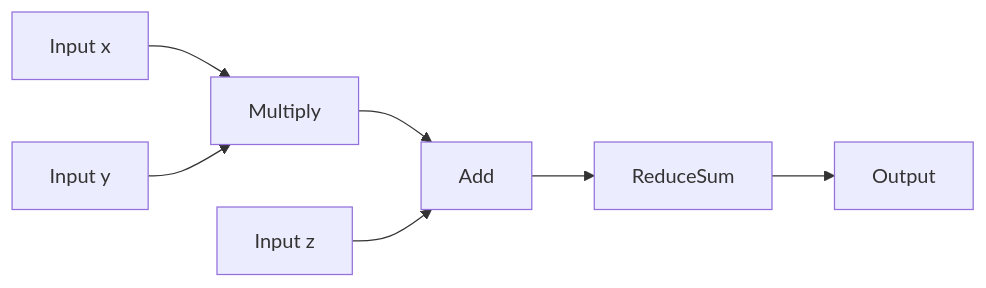
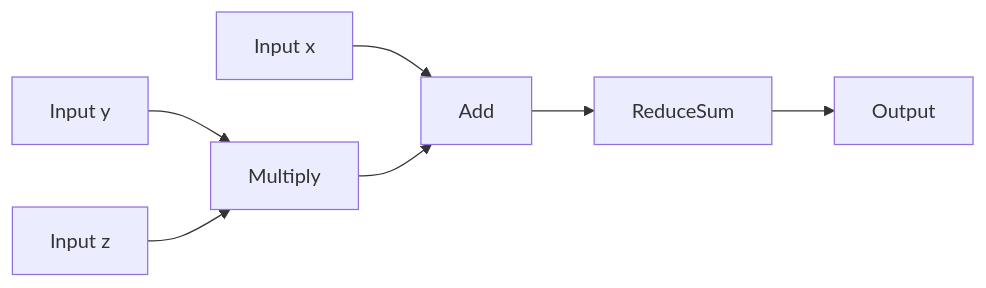
The second of 2 diagrams in content/thoughts/Compiler.md (aarnphm/aarnphm.github.io), drawn with Mermaid before and after one commit. The commit also changed other lines of this file and 6 other files, not shown here.

````diff
--- a/content/thoughts/Compiler.md
+++ b/content/thoughts/Compiler.md
@@ -462,9 +512,9 @@
 ```mermaid
 graph LR
-    A[Input x] --> D[Multiply]
+    A[Input x] --> E[Add]
     B[Input y] --> D
     D --> E[Add]
-    C[Input z] --> E
+    C[Input z] --> D[Multiply]
     E --> F[ReduceSum]
     F --> G[Output]
 ```
````
